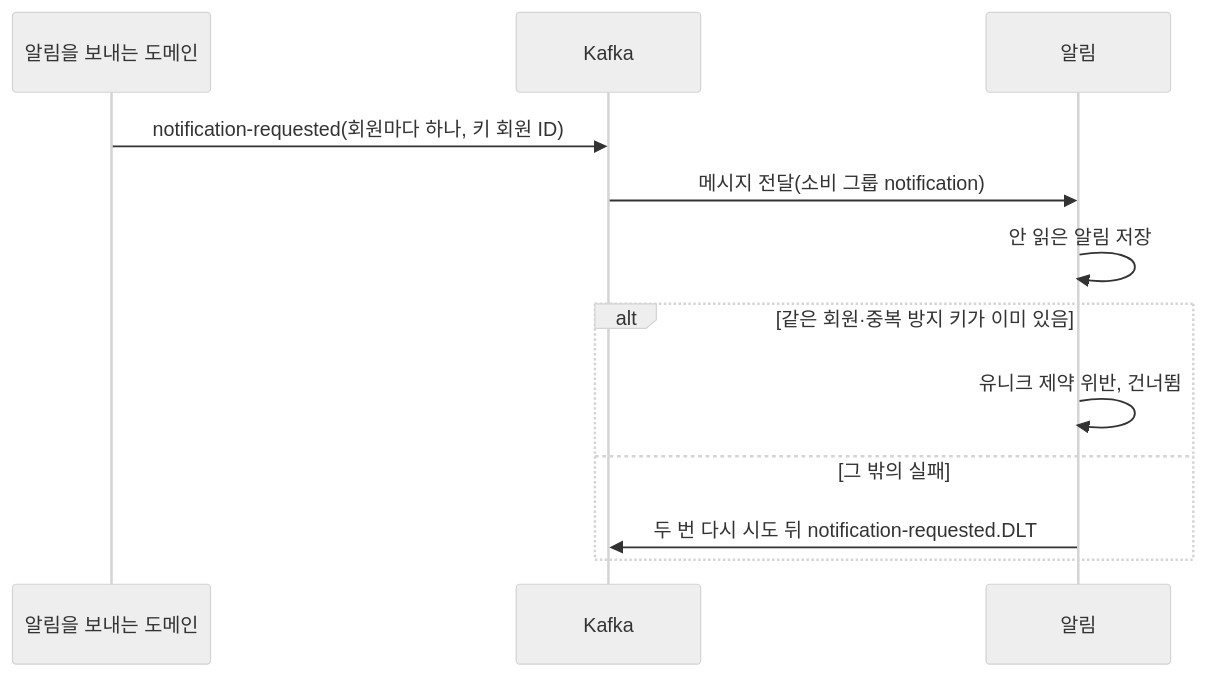
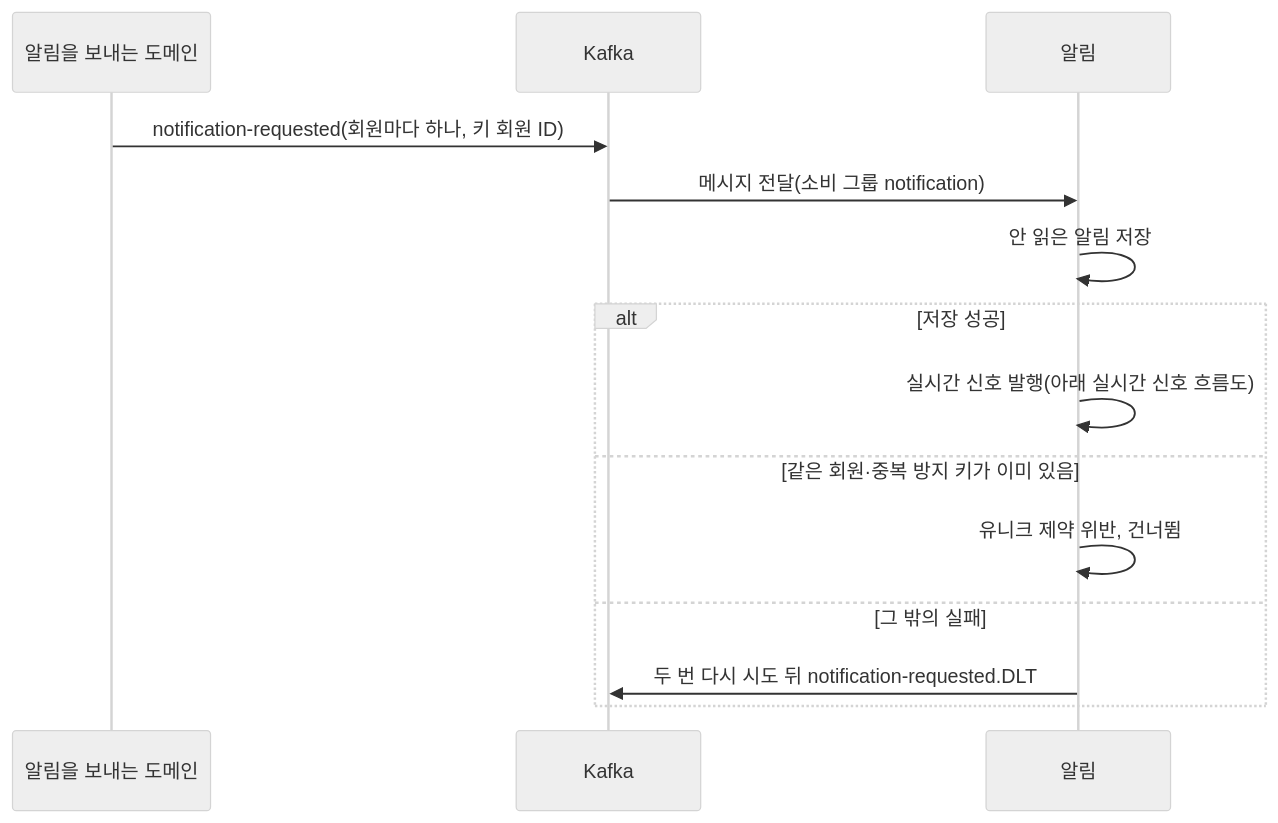
One commit to sparta-final-4/take-care-of-my-fridge changed the first of 3 diagrams in docs/architecture/domains/notification.md. Above: the diagram before and after it, drawn with Mermaid (neutral theme). The commit also changed other lines of this file and 1 other file, not shown here.

Commit message:
docs: 알림 저장 흐름에 신호 발행 단계 반영, NOTI-07 서술을 테스트에 맞춤

````diff
--- a/docs/architecture/domains/notification.md
+++ b/docs/architecture/domains/notification.md
@@ -42,14 +42,16 @@
 ```mermaid
 sequenceDiagram
     participant 발신 as 알림을 보내는 도메인
     participant Kafka
     participant 알림
     발신->>Kafka: notification-requested(회원마다 하나, 키 회원 ID)
     Kafka->>알림: 메시지 전달(소비 그룹 notification)
     알림->>알림: 안 읽은 알림 저장
-    alt 같은 회원·중복 방지 키가 이미 있음
+    alt 저장 성공
+        알림->>알림: 실시간 신호 발행(아래 실시간 신호 흐름도)
+    else 같은 회원·중복 방지 키가 이미 있음
         알림->>알림: 유니크 제약 위반, 건너뜀
     else 그 밖의 실패
         알림->>Kafka: 두 번 다시 시도 뒤 notification-requested.DLT
     end
 ```
````
